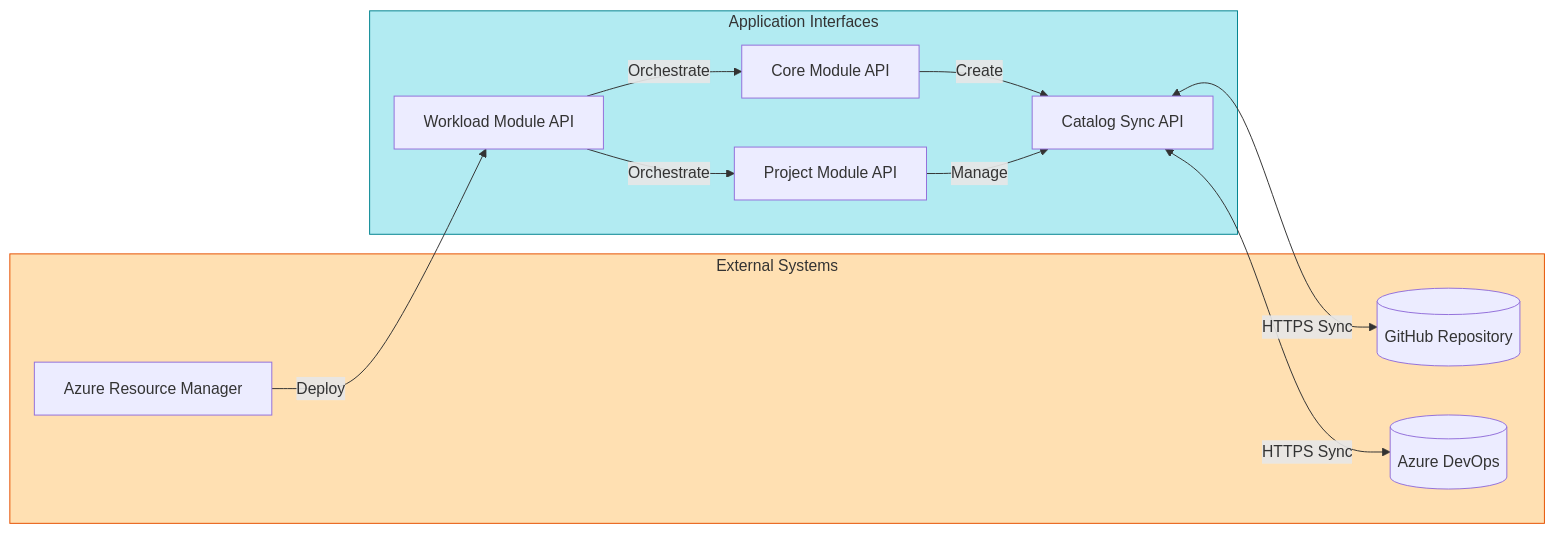
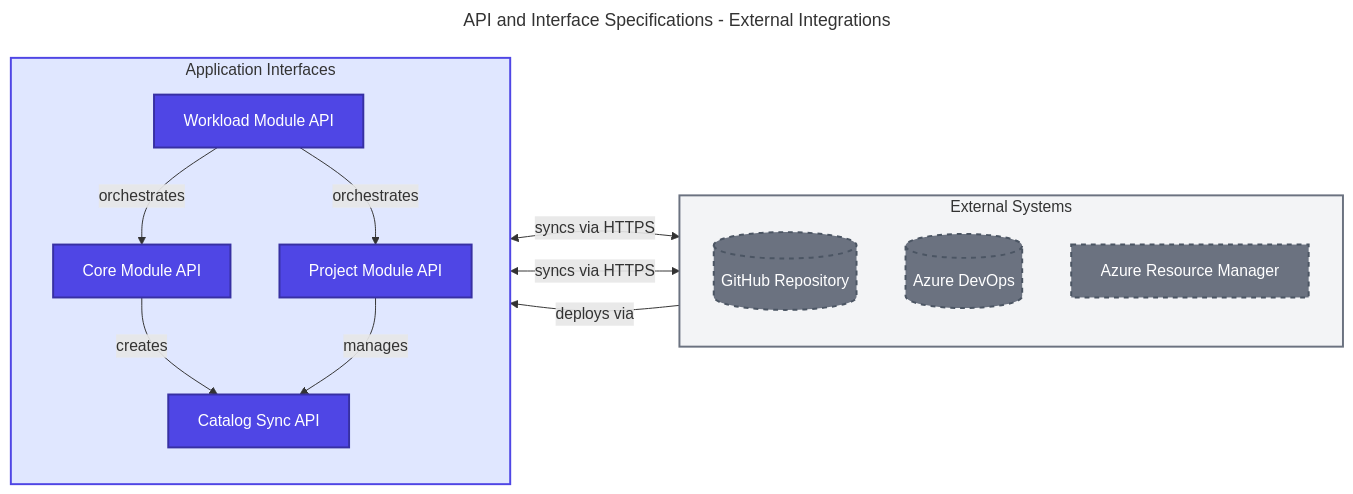
The fifth of 6 diagrams in docs/architecture/Application_architecture_document.md (Evilazaro/DevExp-DevBox), drawn with Mermaid before and after one commit. The commit also changed other lines of this file, not shown here.

Commit message:
Enhance Application Architecture documentation with detailed diagrams for platform landscape, current state, component interaction flow, and data flows

````diff
--- a/docs/architecture/Application_architecture_document.md
+++ b/docs/architecture/Application_architecture_document.md
@@ -1414,27 +1514,45 @@
 ```mermaid
+---
+title: API and Interface Specifications - External Integrations
+---
 flowchart LR
-    subgraph External[External Systems]
-        GitHub[(GitHub Repository)]
-        AzDO[(Azure DevOps)]
-        ARM[Azure Resource Manager]
+    %% ===== EXTERNAL SYSTEMS =====
+    subgraph externalSystems["External Systems"]
+        direction TB
+        github[("GitHub Repository")]
+        azureDevOps[("Azure DevOps")]
+        azureARM["Azure Resource Manager"]
     end
 
-    subgraph APIs[Application Interfaces]
-        WorkloadAPI[Workload Module API]
-        CoreAPI[Core Module API]
-        CatalogAPI[Catalog Sync API]
-        ProjectAPI[Project Module API]
+    %% ===== APPLICATION INTERFACES =====
+    subgraph applicationAPIs["Application Interfaces"]
+        direction TB
+        workloadAPI["Workload Module API"]
+        coreAPI["Core Module API"]
+        catalogAPI["Catalog Sync API"]
+        projectAPI["Project Module API"]
     end
 
-    ARM -->|Deploy| WorkloadAPI
-    WorkloadAPI -->|Orchestrate| CoreAPI
-    WorkloadAPI -->|Orchestrate| ProjectAPI
-    CoreAPI -->|Create| CatalogAPI
-    ProjectAPI -->|Manage| CatalogAPI
+    %% ===== DEPLOYMENT & ORCHESTRATION =====
+    azureARM -->|deploys via| workloadAPI
+    workloadAPI -->|orchestrates| coreAPI
+    workloadAPI -->|orchestrates| projectAPI
+    coreAPI -->|creates| catalogAPI
+    projectAPI -->|manages| catalogAPI
 
-    CatalogAPI <-->|HTTPS Sync| GitHub
-    CatalogAPI <-->|HTTPS Sync| AzDO
+    %% ===== GIT SYNCHRONIZATION =====
+    catalogAPI <-->|syncs via HTTPS| github
+    catalogAPI <-->|syncs via HTTPS| azureDevOps
 
-    style External fill:#FFE0B2,stroke:#E65100
-    style APIs fill:#B2EBF2,stroke:#00838F
+    %% ===== STYLING: NODE CLASSES =====
+    classDef external fill:#6B7280,stroke:#4B5563,color:#FFFFFF,stroke-width:2px,stroke-dasharray:5 5
+    classDef primary fill:#4F46E5,stroke:#3730A3,color:#FFFFFF,stroke-width:2px
+
+    %% ===== APPLY NODE CLASSES =====
+    class github,azureDevOps,azureARM external
+    class workloadAPI,coreAPI,catalogAPI,projectAPI primary
+
+    %% ===== STYLING: SUBGRAPHS =====
+    style externalSystems fill:#F3F4F6,stroke:#6B7280,stroke-width:2px
+    style applicationAPIs fill:#E0E7FF,stroke:#4F46E5,stroke-width:2px
 ```
````
